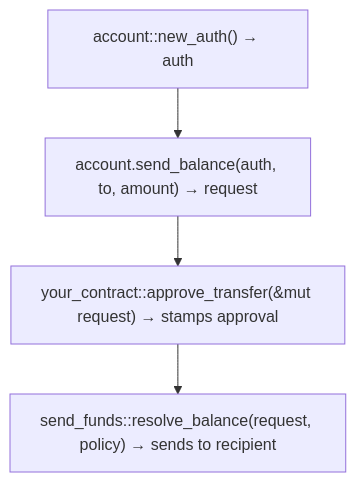
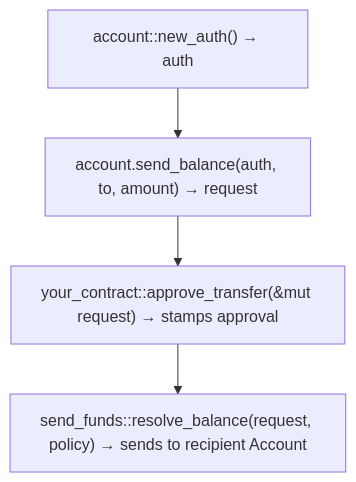
Before and after one commit to MystenLabs/sui-docs: the second of 2 diagrams in content/sui/onchain-finance/pas/pas-workflows.mdx, drawn with Mermaid.

Commit message:
docs: Permissioned Assets Actions — revised from its dossier (#634)

````diff
--- a/content/sui/onchain-finance/pas/pas-workflows.mdx
+++ b/content/sui/onchain-finance/pas/pas-workflows.mdx
@@ -227,6 +227,6 @@
 ```mermaid
 flowchart TD
     A["account::new_auth() → auth"] --> B["account.send_balance(auth, to, amount) → request"]
     B --> C["your_contract::approve_transfer(&mut request) → stamps approval"]
-    C --> D["send_funds::resolve_balance(request, policy) → sends to recipient"]
+    C --> D["send_funds::resolve_balance(request, policy) → sends to recipient Account"]
 ```
````
